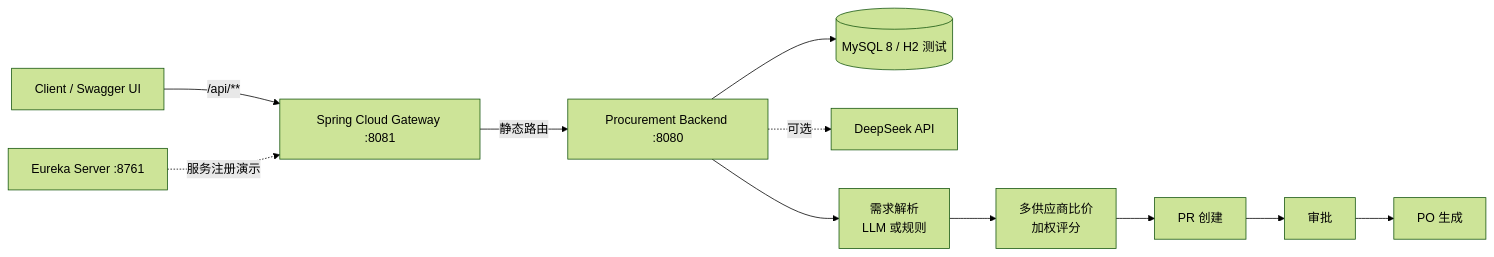
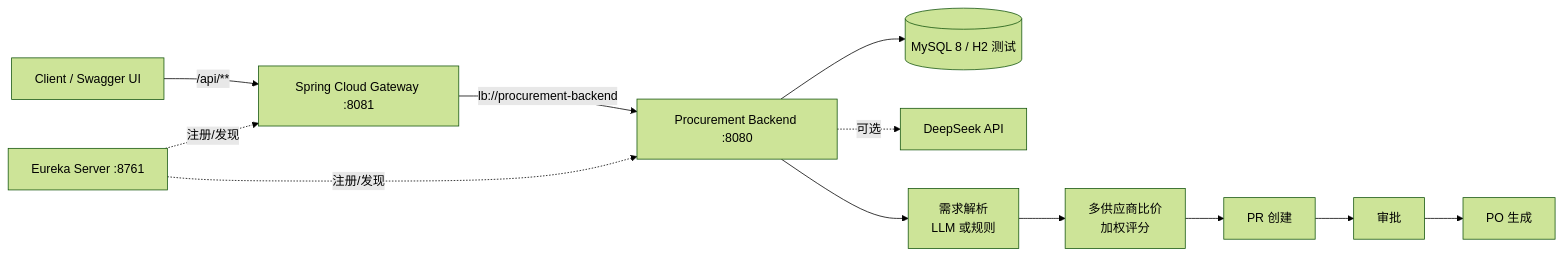
Before and after one commit to wood0v0/smart-procurement-java: the diagram in README.md, drawn with Mermaid (forest theme). The commit also changed other lines of this file and 7 other files, not shown here.

````diff
--- a/README.md
+++ b/README.md
@@ -9,13 +9,14 @@
 ```mermaid
 flowchart LR
   C[Client / Swagger UI] -->|/api/**| G[Spring Cloud Gateway :8081]
-  G -->|静态路由| B[Procurement Backend :8080]
+  G -->|lb://procurement-backend| B[Procurement Backend :8080]
   B --> M[(MySQL 8 / H2 测试)]
   B -.可选.-> L[DeepSeek API]
-  E[Eureka Server :8761] -.服务注册演示.-> G
+  E[Eureka Server :8761] -.注册/发现.-> B
+  E -.注册/发现.-> G
   B --> P[需求解析<br/>LLM 或规则]
   P --> S[多供应商比价<br/>加权评分]
   S --> R[PR 创建]
   R --> A[审批]
   A --> O[PO 生成]
 ```
````
